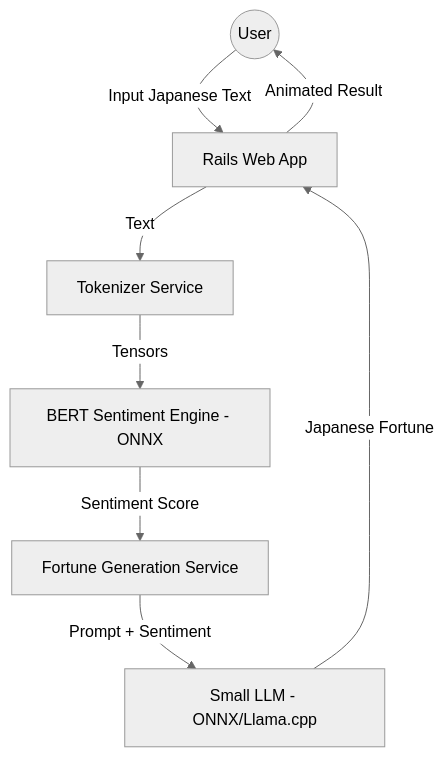
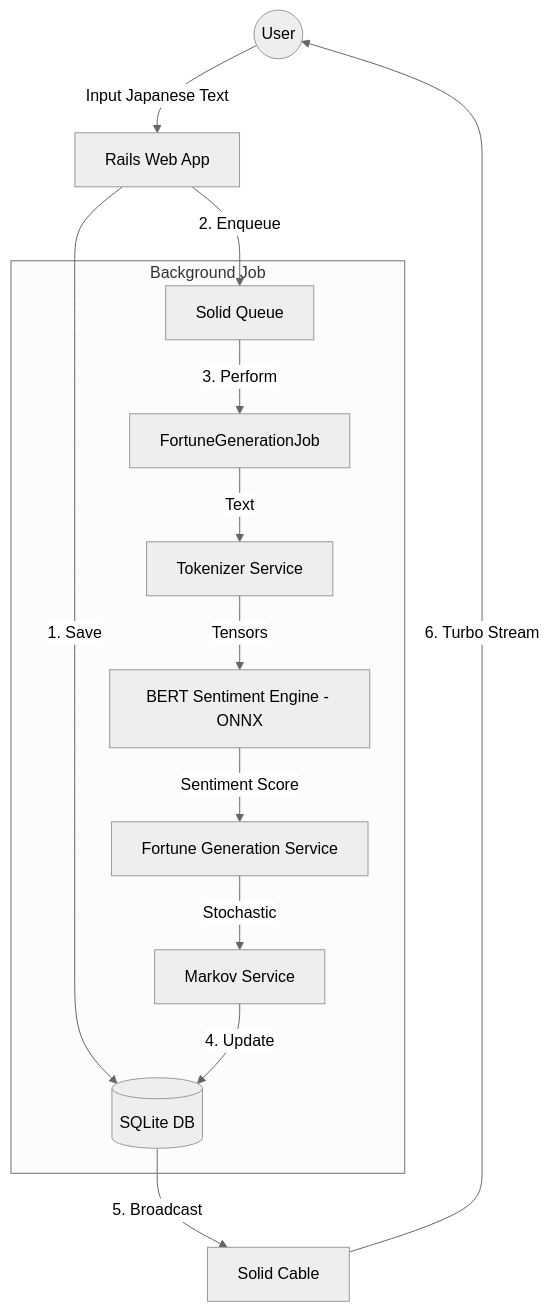
One commit to r-carroll/ruby-ai-prototype changed the diagram in spec/design_overview.md. Above: the diagram before and after it, drawn with Mermaid (neutral theme). The commit also changed other lines of this file and 36 other files, not shown here.

First line of the commit message:
feat: migrate to asynchronous ML inference with Solid Queue and Solid Cable

````diff
--- a/spec/design_overview.md
+++ b/spec/design_overview.md
@@ -6,10 +6,18 @@
 ```mermaid
 graph TD
     User((User)) -->|Input Japanese Text| Rails[Rails Web App]
-    Rails -->|Text| Tokenizer[Tokenizer Service]
-    Tokenizer -->|Tensors| BERT[BERT Sentiment Engine - ONNX]
-    BERT -->|Sentiment Score| FortuneService[Fortune Generation Service]
-    FortuneService -->|Prompt + Sentiment| LLM[Small LLM - ONNX/Llama.cpp]
-    LLM -->|Japanese Fortune| Rails
-    Rails -->|Animated Result| User
+    Rails -->|1. Save| DB[(SQLite DB)]
+    Rails -->|2. Enqueue| SQ[Solid Queue]
+    
+    subgraph Background Job
+        SQ -->|3. Perform| Job[FortuneGenerationJob]
+        Job -->|Text| Tokenizer[Tokenizer Service]
+        Tokenizer -->|Tensors| BERT[BERT Sentiment Engine - ONNX]
+        BERT -->|Sentiment Score| FortuneService[Fortune Generation Service]
+        FortuneService -->|Stochastic| Markov[Markov Service]
+        Markov -->|4. Update| DB
+    end
+    
+    DB -->|5. Broadcast| Cable[Solid Cable]
+    Cable -->|6. Turbo Stream| User
 ```
````
